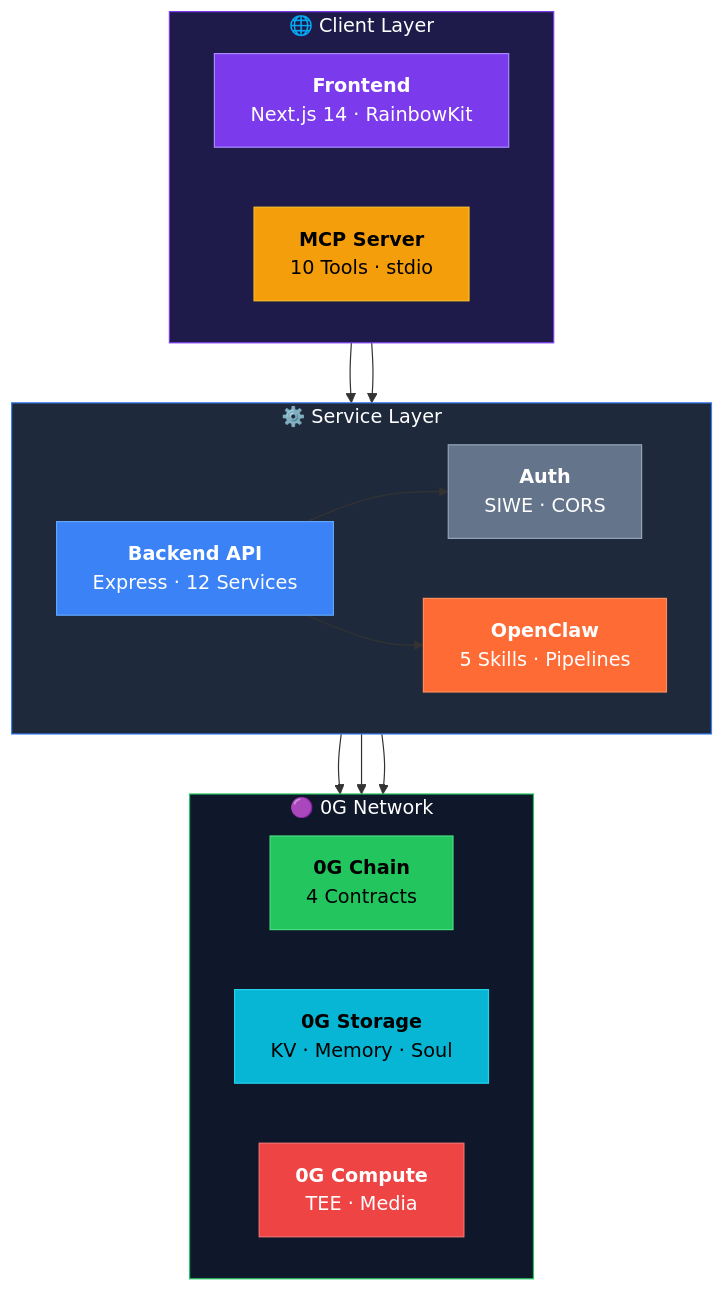
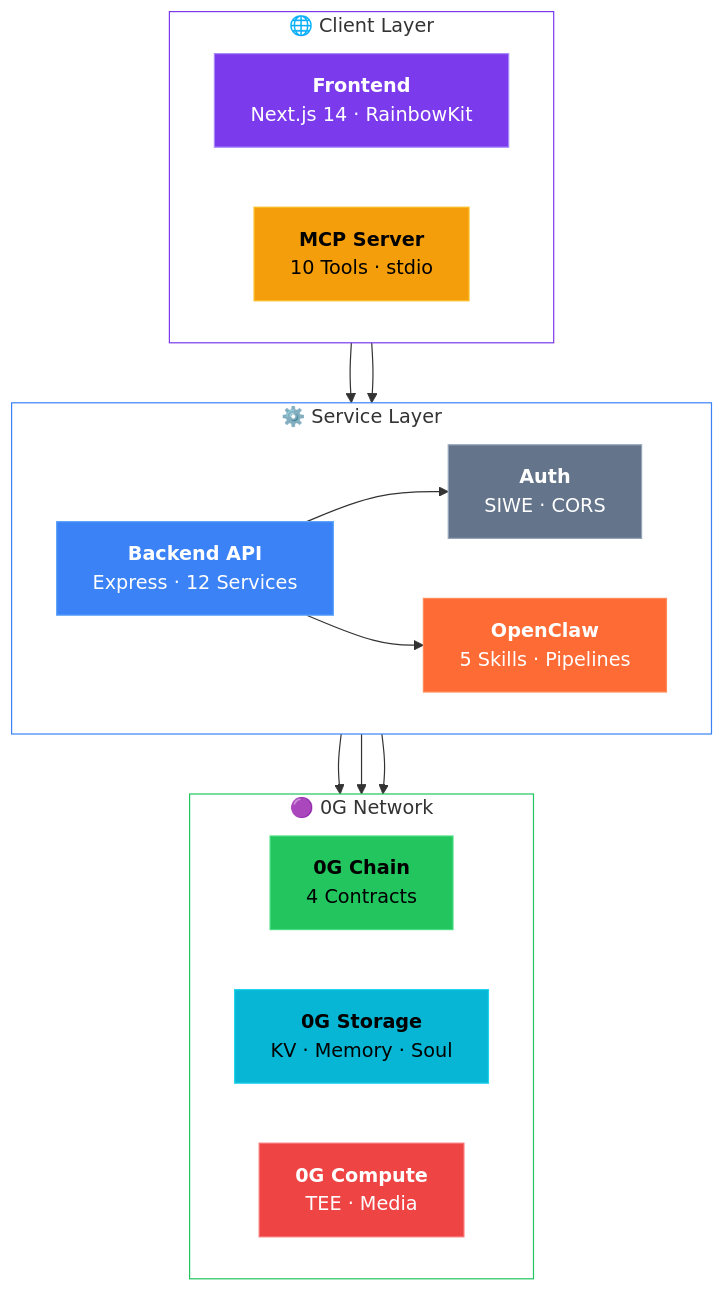
Before and after one commit to henrymartin262/AIsphere: the first of 4 diagrams in README.md, drawn with Mermaid.

Commit message:
docs: remove dark subgraph backgrounds for better line visibility

````diff
--- a/README.md
+++ b/README.md
@@ -52,42 +52,42 @@
 ```mermaid
 graph TB
     subgraph Client["🌐 Client Layer"]
         direction LR
         FE["<b>Frontend</b><br/>Next.js 14 · RainbowKit"]
         MCP["<b>MCP Server</b><br/>10 Tools · stdio"]
     end
 
     subgraph Service["⚙️ Service Layer"]
         direction LR
         AUTH["<b>Auth</b><br/>SIWE · CORS"]
         BE["<b>Backend API</b><br/>Express · 12 Services"]
         OC["<b>OpenClaw</b><br/>5 Skills · Pipelines"]
     end
 
     subgraph ZeroG["🟣 0G Network"]
         direction LR
         CHAIN["<b>0G Chain</b><br/>4 Contracts"]
         STORAGE["<b>0G Storage</b><br/>KV · Memory · Soul"]
         COMPUTE["<b>0G Compute</b><br/>TEE · Media"]
     end
 
     FE --> BE
     MCP --> BE
     BE --> AUTH
     BE --> OC
     AUTH --> CHAIN
     AUTH --> STORAGE
     OC --> COMPUTE
 
-    style Client fill:#1e1b4b,stroke:#7c3aed,color:#fff
-    style Service fill:#1e293b,stroke:#3b82f6,color:#fff
-    style ZeroG fill:#0f172a,stroke:#22c55e,color:#fff
+    style Client fill:transparent,stroke:#7c3aed,color:#333
+    style Service fill:transparent,stroke:#3b82f6,color:#333
+    style ZeroG fill:transparent,stroke:#22c55e,color:#333
     style FE fill:#7c3aed,stroke:#a78bfa,color:#fff
     style MCP fill:#f59e0b,stroke:#fbbf24,color:#000
     style AUTH fill:#64748b,stroke:#94a3b8,color:#fff
     style BE fill:#3b82f6,stroke:#60a5fa,color:#fff
     style OC fill:#ff6b35,stroke:#ff8c5a,color:#fff
     style CHAIN fill:#22c55e,stroke:#4ade80,color:#000
     style STORAGE fill:#06b6d4,stroke:#22d3ee,color:#000
     style COMPUTE fill:#ef4444,stroke:#f87171,color:#fff
 ```
````
